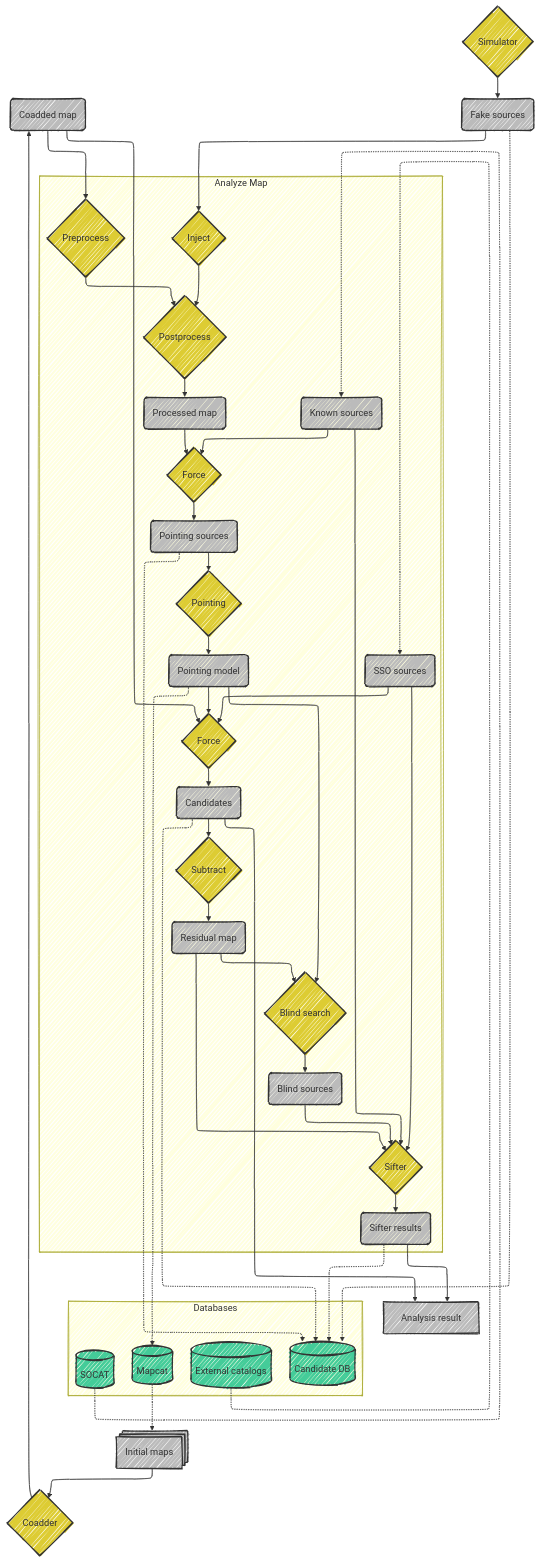
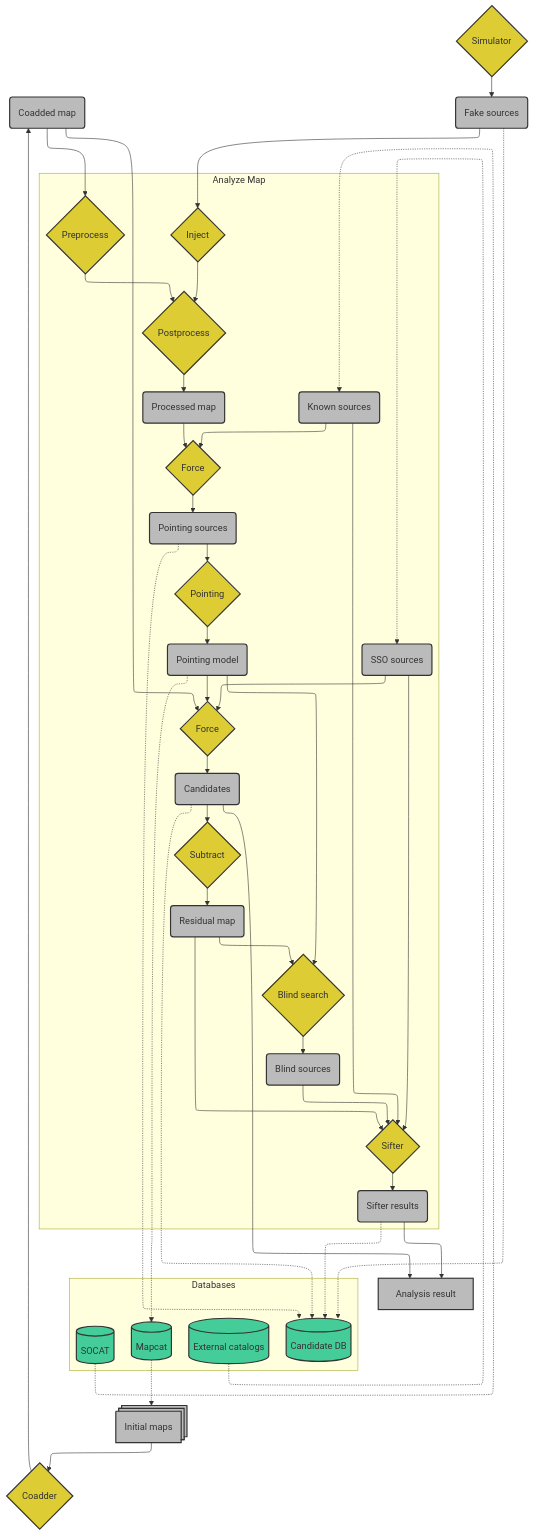
One commit to simonsobs/sotrplib changed the first of 2 diagrams in docs/flowchart.md. Above: the diagram before and after it, drawn with Mermaid.

Commit message:
Remove hand drawn formatting

```diff
--- a/docs/flowchart.md
+++ b/docs/flowchart.md
@@ -6,7 +6,6 @@
 ---
 config:
   layout: elk
-  look: handDrawn
 ---
 flowchart TD
 
```
